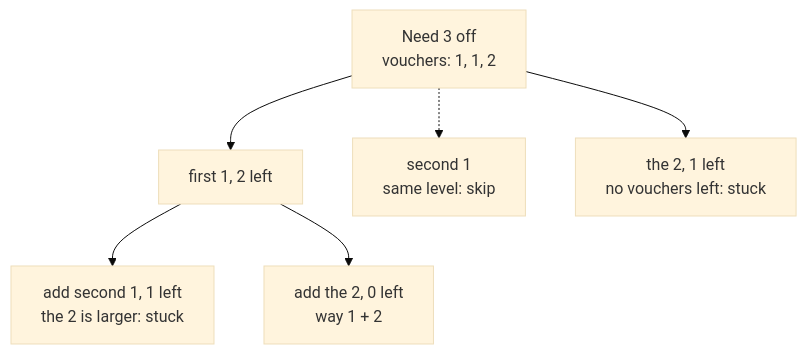
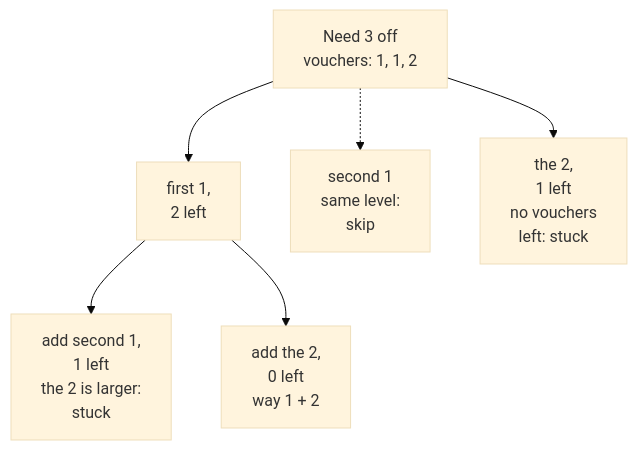
The first of 2 diagrams in content/en/problems/combination-sum-ii.md (duongbui234/software-engineering-atlas), drawn with Mermaid (base theme) before and after one commit. The commit also changed other lines of this file and 134 other files, not shown here.

First line of the commit message:
Fit every Mermaid diagram at 390px without sideways scroll (#56)

````diff
--- a/content/en/problems/combination-sum-ii.md
+++ b/content/en/problems/combination-sum-ii.md
@@ -49,14 +49,14 @@
 ```mermaid
 flowchart TB
   R["Need 3 off<br/>vouchers: 1, 1, 2"]
-  A["first 1, 2 left"]
-  S["second 1<br/>same level: skip"]
-  B["the 2, 1 left<br/>no vouchers left: stuck"]
-  A1["add second 1, 1 left<br/>the 2 is larger: stuck"]
-  A2["add the 2, 0 left<br/>way 1 + 2"]
+  A["first 1,<br/>2 left"]
+  S["second 1<br/>same level:<br/>skip"]
+  B["the 2,<br/>1 left<br/>no vouchers<br/>left: stuck"]
+  A1["add second 1,<br/>1 left<br/>the 2 is larger:<br/>stuck"]
+  A2["add the 2,<br/>0 left<br/>way 1 + 2"]
   R --> A
   R -.-> S
   R --> B
   A --> A1
   A --> A2
 ```
````
